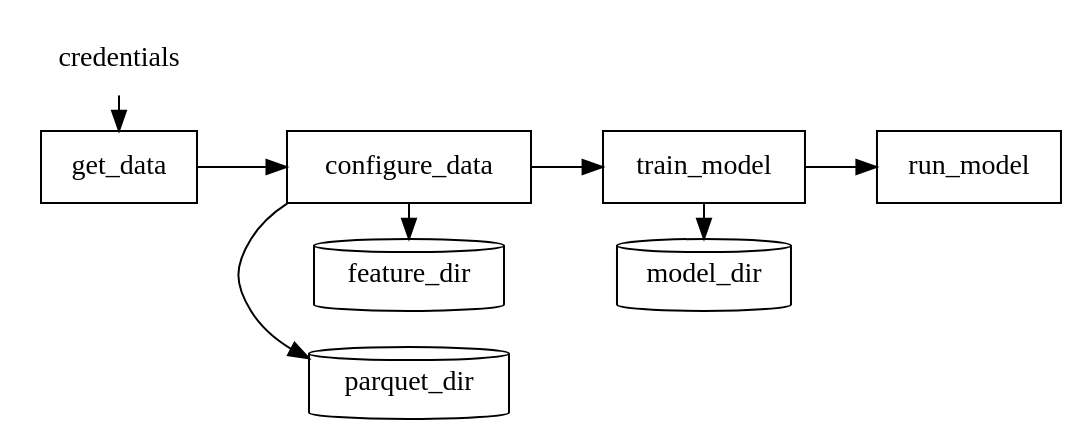
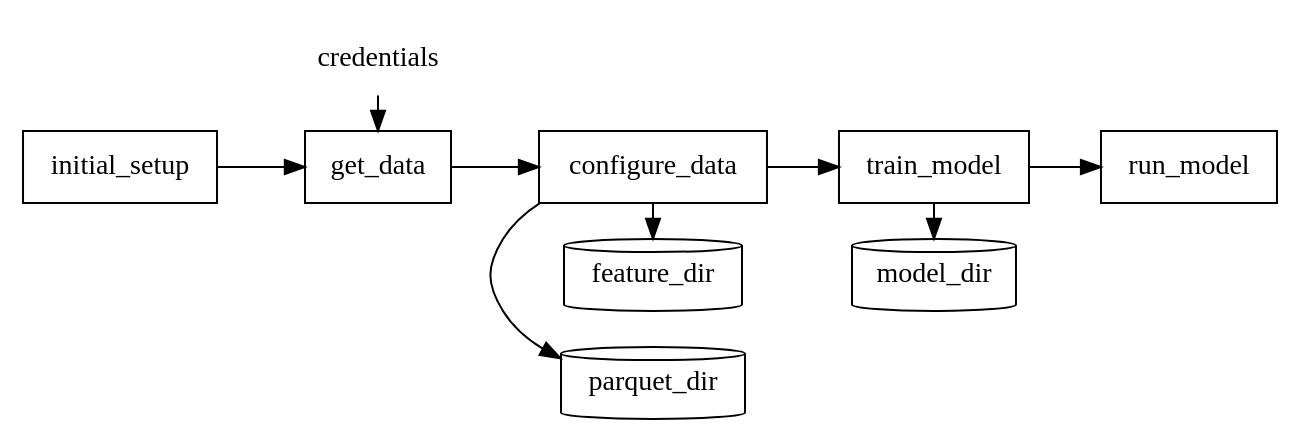
Before and after one commit to twongkee/pythondata: the diagram in riskthinking/twsample/doc/flow.dot, drawn with Graphviz.

```diff
--- a/riskthinking/twsample/doc/flow.dot
+++ b/riskthinking/twsample/doc/flow.dot
@@ -1,35 +1,37 @@
 digraph G {
-
- node [shape=box]
- rankdir="LR"
+ fontname = "Sedgwick Ave";
+ node [shape=box, fontname = "Sedgwick Ave"];
+ edge [fontname = "Sedgwick Ave"];
+ rankdir="LR" ;
+ initial_setup;
  get_data;
  configure_data;
  train_model;
  run_model;
 
  credentials [shape=plaintext]
  parquet_dir [shape=cylinder]
  feature_dir [shape=cylinder]
  model_dir [shape=cylinder]
 
  
  {
   rank=same;
   credentials -> get_data;
  }
  {
   rank=same;
   train_model -> model_dir;
  }
 
  { 
   rank=same;
   configure_data -> parquet_dir;
  }
  { 
   rank=same;
   configure_data -> feature_dir;
  }
 
- get_data -> configure_data -> train_model -> run_model
+ initial_setup -> get_data -> configure_data -> train_model -> run_model
 }
```
